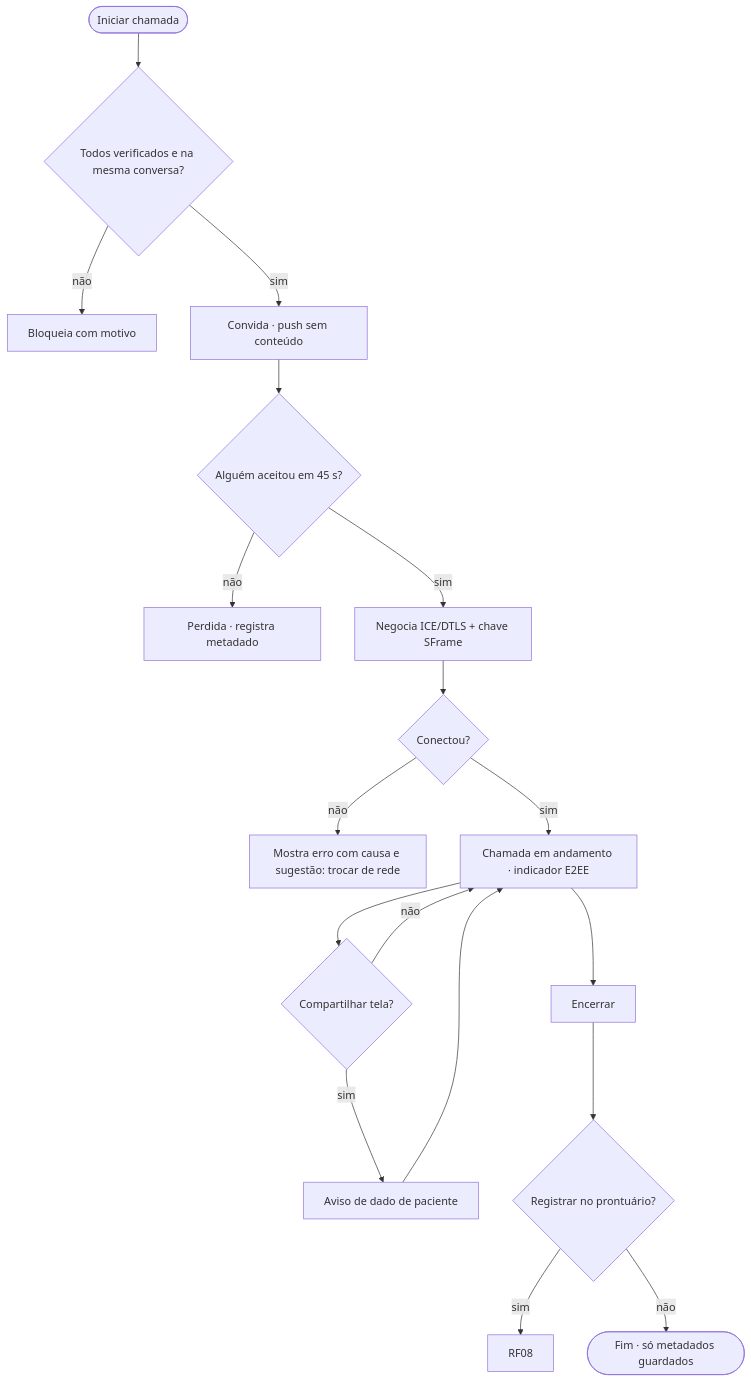
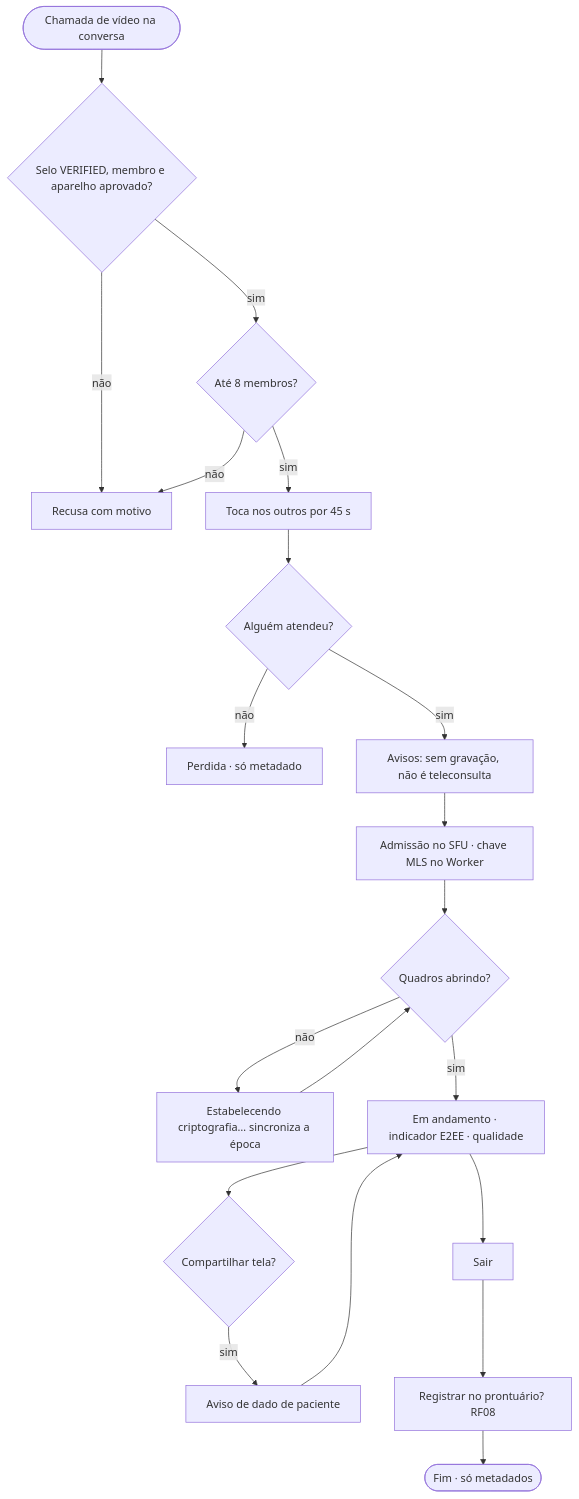
Before and after one commit to MatheusHaliski/doctor_explorer: the fifth of 5 diagrams in docs/rf/RF07-video-e2ee.md, drawn with Mermaid. The commit also changed other lines of this file and 40 other files, not shown here.

````diff
--- a/docs/rf/RF07-video-e2ee.md
+++ b/docs/rf/RF07-video-e2ee.md
@@ -143,19 +173,21 @@
 ```mermaid
 flowchart TD
-    A([Iniciar chamada]) --> B{Todos verificados e na mesma conversa?}
-    B -- não --> X[Bloqueia com motivo]
-    B -- sim --> C[Convida · push sem conteúdo]
-    C --> D{Alguém aceitou em 45 s?}
-    D -- não --> E[Perdida · registra metadado]
-    D -- sim --> F[Negocia ICE/DTLS + chave SFrame]
-    F --> G{Conectou?}
-    G -- não --> H[Mostra erro com causa e sugestão: trocar de rede]
-    G -- sim --> I[Chamada em andamento · indicador E2EE]
-    I --> J{Compartilhar tela?}
-    J -- sim --> K[Aviso de dado de paciente] --> I
-    J -- não --> I
-    I --> L[Encerrar]
-    L --> M{Registrar no prontuário?}
-    M -- sim --> N[RF08]
-    M -- não --> O([Fim · só metadados guardados])
+    A([Chamada de vídeo na conversa]) --> B{Selo VERIFIED, membro e aparelho aprovado?}
+    B -- não --> X[Recusa com motivo]
+    B -- sim --> C{Até 8 membros?}
+    C -- não --> X
+    C -- sim --> D[Toca nos outros por 45 s]
+    D --> E{Alguém atendeu?}
+    E -- não --> F[Perdida · só metadado]
+    E -- sim --> G[Avisos: sem gravação, não é teleconsulta]
+    G --> H[Admissão no SFU · chave MLS no Worker]
+    H --> I{Quadros abrindo?}
+    I -- não --> J[Estabelecendo criptografia… sincroniza a época]
+    J --> I
+    I -- sim --> K[Em andamento · indicador E2EE · qualidade]
+    K --> L{Compartilhar tela?}
+    L -- sim --> M[Aviso de dado de paciente] --> K
+    K --> N[Sair]
+    N --> O[Registrar no prontuário? RF08]
+    O --> P([Fim · só metadados])
 ```
````
